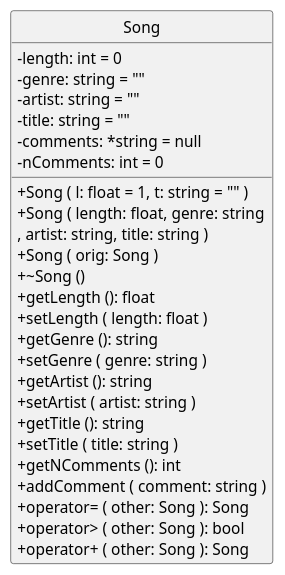
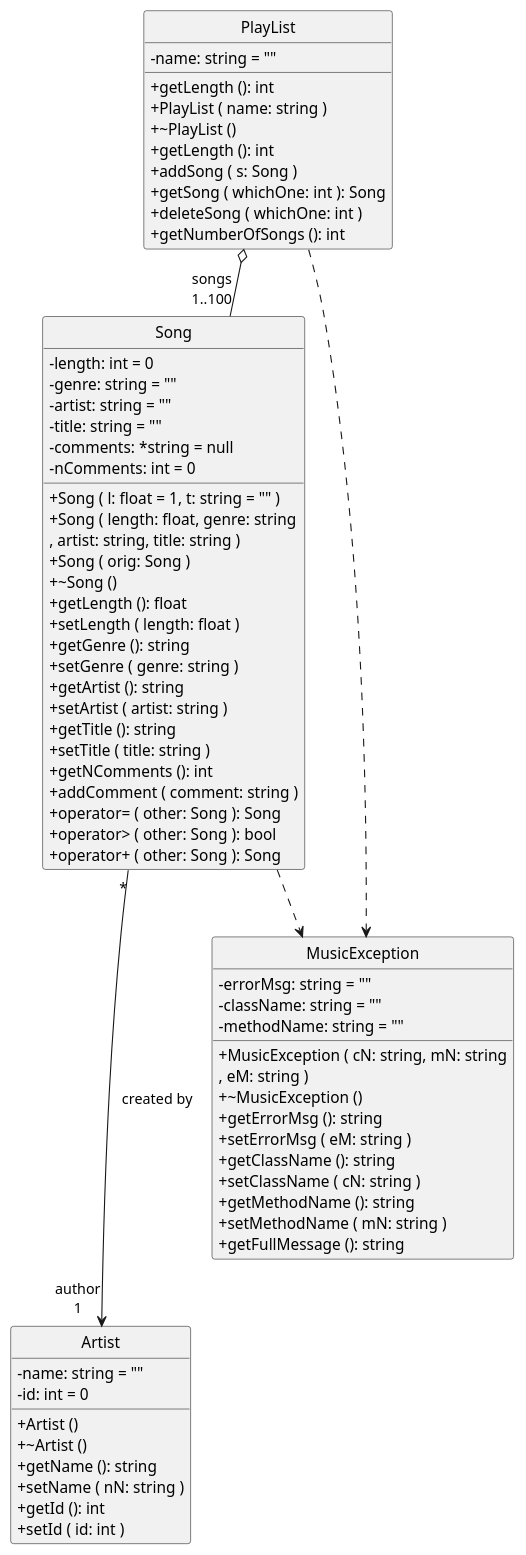
Before and after one commit to algarcia-ujaen/MusicProject_OOP2223: the diagram in classDiagram_PlantUML.puml, drawn with PlantUML. The commit also changed 10 other files, not shown here.

Commit message:
Sessions 3_1 and 3_2 (March 8th and 9th, 2023) - Added dependency - Added aggregation - Added classes Author and PlayList

```diff
--- a/classDiagram_PlantUML.puml
+++ b/classDiagram_PlantUML.puml
@@ -1,36 +1,80 @@
 @startuml
 'https://plantuml.com/class-diagram
 
-'removes the circle with a "C"
-hide circle
+'forces to apply the UML style strictly
+skinparam style strictuml
 'changes the symbols leading the attributes and methods
 skinparam ClassAttributeIconSize 0
 
 class Song{
    - length: int = 0
    - genre: string = ""
    - artist: string = ""
    - title: string = ""
    - comments: *string = null
    - nComments: int = 0
    + Song ( l: float = 1, t: string = "" )
    + Song ( length: float, genre: string
           , artist: string, title: string )
    + Song ( orig: Song )
    + ~Song ()
    + getLength (): float
    + setLength ( length: float )
    + getGenre (): string
    + setGenre ( genre: string )
    + getArtist (): string
    + setArtist ( artist: string )
    + getTitle (): string
    + setTitle ( title: string )
    + getNComments (): int
    + addComment ( comment: string )
    + operator= ( other: Song ): Song
    + operator> ( other: Song ): bool
    + operator+ ( other: Song ): Song
 }
 
+class Artist{
+   - name: string = ""
+   - id: int = 0
+   + Artist ()
+   + ~Artist ()
+   + getName (): string
+   + setName ( nN: string )
+   + getId (): int
+   + setId ( id: int )
+}
+
+class PlayList{
+   - name: string = ""
+   + getLength (): int
+   + PlayList ( name: string )
+   + ~PlayList ()
+   + getLength (): int
+   + addSong ( s: Song )
+   + getSong ( whichOne: int ): Song
+   + deleteSong ( whichOne: int )
+   + getNumberOfSongs (): int
+}
+
+class MusicException{
+   - errorMsg: string = ""
+   - className: string = ""
+   - methodName: string = ""
+   + MusicException ( cN: string, mN: string
+                    , eM: string )
+   + ~MusicException ()
+   + getErrorMsg (): string
+   + setErrorMsg ( eM: string )
+   + getClassName (): string
+   + setClassName ( cN: string )
+   + getMethodName (): string
+   + setMethodName ( mN: string )
+   + getFullMessage (): string
+}
+
+PlayList o-- "songs\n1..100" Song
+Song "*" ---> "author\n1" Artist: created by
+Song ..> MusicException
+PlayList ..> MusicException
+
 @enduml
```
